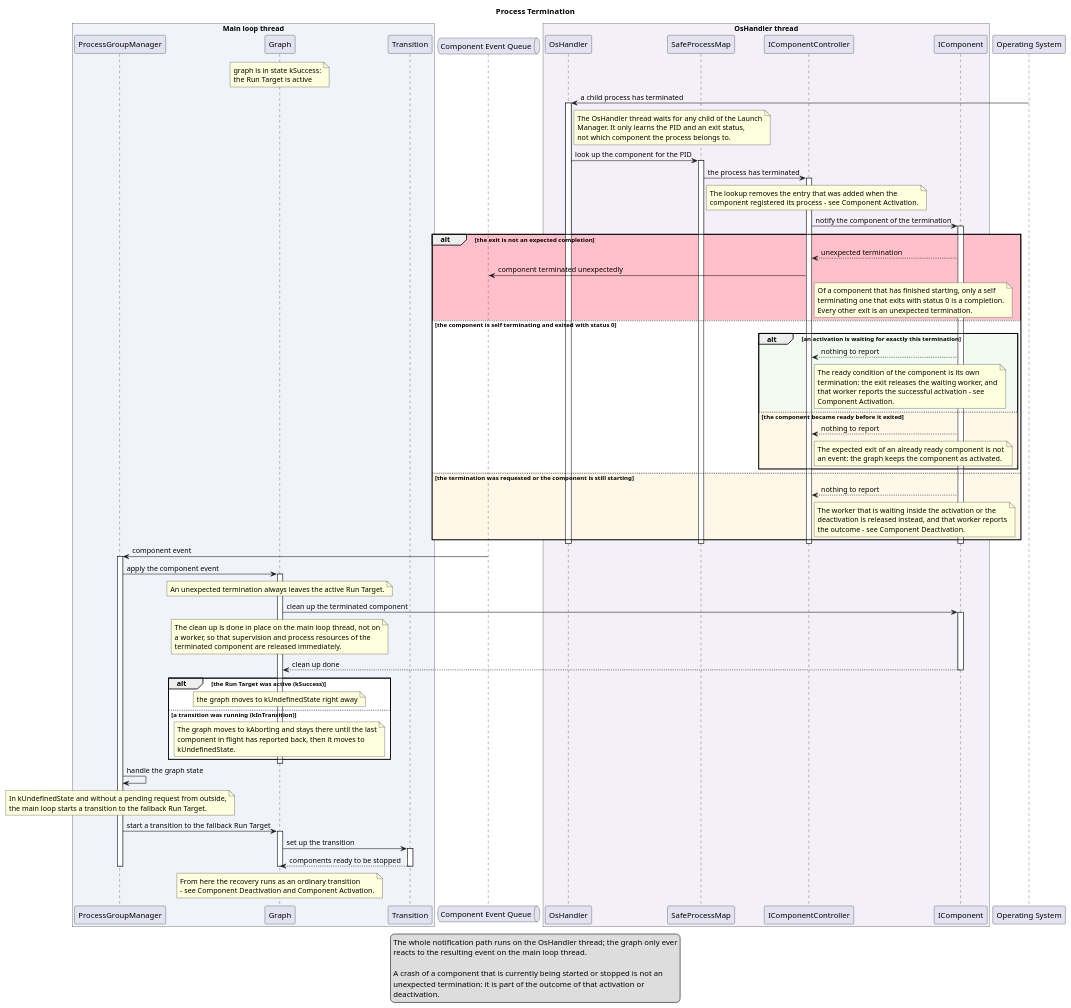
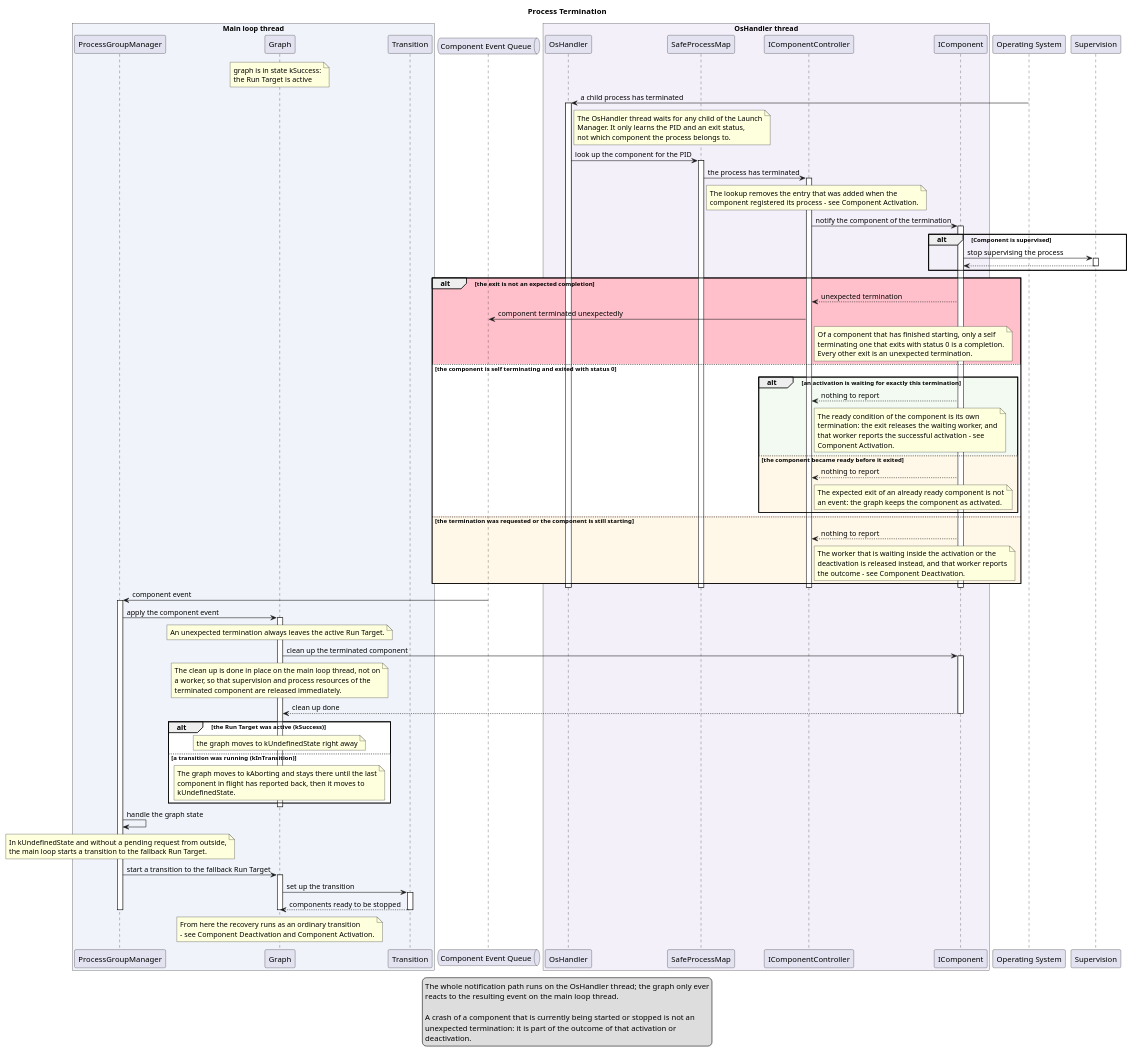
One commit to eclipse-score/lifecycle changed the diagram in score/launch_manager/docs/detailed_design/_assets/process_termination.puml. Above: the diagram before and after it, drawn with PlantUML. The commit also changed 5 other files, not shown here.

```diff
--- a/score/launch_manager/docs/detailed_design/_assets/process_termination.puml
+++ b/score/launch_manager/docs/detailed_design/_assets/process_termination.puml
@@ -14,134 +14,139 @@
 @startuml process_termination
 
 title Process Termination
 
 box "Main loop thread" #F0F4FA
 participant "ProcessGroupManager" as PGM
 participant "Graph" as Graph
 participant "Transition" as Transition
 end box
 
 queue "Component Event Queue" as EventQueue
 
 box "OsHandler thread" #F4F0FA
 participant "OsHandler" as OsHandler
 participant "SafeProcessMap" as Map
 participant "IComponentController" as Monitor
 participant "IComponent" as Component
 end box
 
 participant "Operating System" as OS
 
 note over Graph: graph is in state kSuccess:\nthe Run Target is active
 
 ' --- detection ---------------------------------------------------------------
 OS -> OsHandler ++: a child process has terminated
 note right of OsHandler
   The OsHandler thread waits for any child of the Launch
   Manager. It only learns the PID and an exit status,
   not which component the process belongs to.
 end note
 
 OsHandler -> Map ++: look up the component for the PID
 Map -> Monitor ++: the process has terminated
 note right of Map
   The lookup removes the entry that was added when the
   component registered its process - see Component Activation.
 end note
 Monitor -> Component ++: notify the component of the termination
+
+alt Component is supervised
+  Component -> Supervision ++: stop supervising the process
+  Supervision --> Component --:
+end alt
 
 alt #Pink the exit is not an expected completion
     Component --> Monitor: unexpected termination
     Monitor -> EventQueue: component terminated unexpectedly
     note right of Monitor
       Of a component that has finished starting, only a self
       terminating one that exits with status 0 is a completion.
       Every other exit is an unexpected termination.
     end note
 
 else #White the component is self terminating and exited with status 0
     alt #F2FAF2 an activation is waiting for exactly this termination
         Component --> Monitor: nothing to report
         note right of Monitor
           The ready condition of the component is its own
           termination: the exit releases the waiting worker, and
           that worker reports the successful activation - see
           Component Activation.
         end note
 
     else #FFF8E8 the component became ready before it exited
         Component --> Monitor: nothing to report
         note right of Monitor
           The expected exit of an already ready component is not
           an event: the graph keeps the component as activated.
         end note
     end
 
 else #FFF8E8 the termination was requested or the component is still starting
     Component --> Monitor: nothing to report
     note right of Monitor
       The worker that is waiting inside the activation or the
       deactivation is released instead, and that worker reports
       the outcome - see Component Deactivation.
     end note
 end
 
 deactivate Component
 deactivate Monitor
 deactivate Map
 deactivate OsHandler
 
 ' --- reaction ----------------------------------------------------------------
 EventQueue -> PGM ++: component event
 PGM -> Graph ++: apply the component event
 note over Graph
   An unexpected termination always leaves the active Run Target.
 end note
 
 Graph -> Component ++: clean up the terminated component
 note over Graph
   The clean up is done in place on the main loop thread, not on
   a worker, so that supervision and process resources of the
   terminated component are released immediately.
 end note
 Component --> Graph --: clean up done
 
 alt #White the Run Target was active (kSuccess)
     note over Graph: the graph moves to kUndefinedState right away
 else #White a transition was running (kInTransition)
     note over Graph
       The graph moves to kAborting and stays there until the last
       component in flight has reported back, then it moves to
       kUndefinedState.
     end note
 end
 deactivate Graph
 
 ' --- recovery ----------------------------------------------------------------
 PGM -> PGM: handle the graph state
 note over PGM
   In kUndefinedState and without a pending request from outside,
   the main loop starts a transition to the fallback Run Target.
 end note
 
 PGM -> Graph ++: start a transition to the fallback Run Target
 Graph -> Transition ++: set up the transition
 Transition --> Graph --: components ready to be stopped
 note over Graph
   From here the recovery runs as an ordinary transition
   - see Component Deactivation and Component Activation.
 end note
 
 deactivate Graph
 deactivate PGM
 
 legend bottom
   The whole notification path runs on the OsHandler thread; the graph only ever
   reacts to the resulting event on the main loop thread.
 
   A crash of a component that is currently being started or stopped is not an
   unexpected termination: it is part of the outcome of that activation or
   deactivation.
 end legend
 
 @enduml
```
